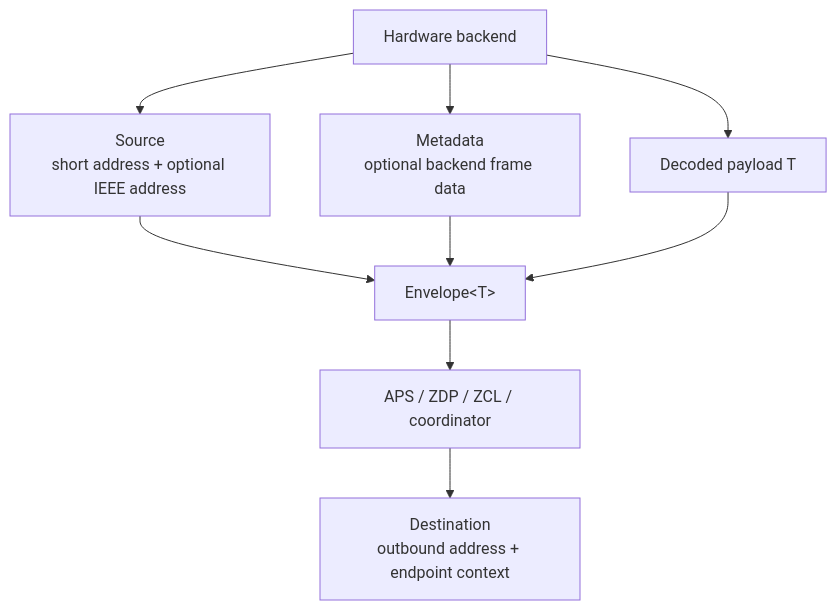
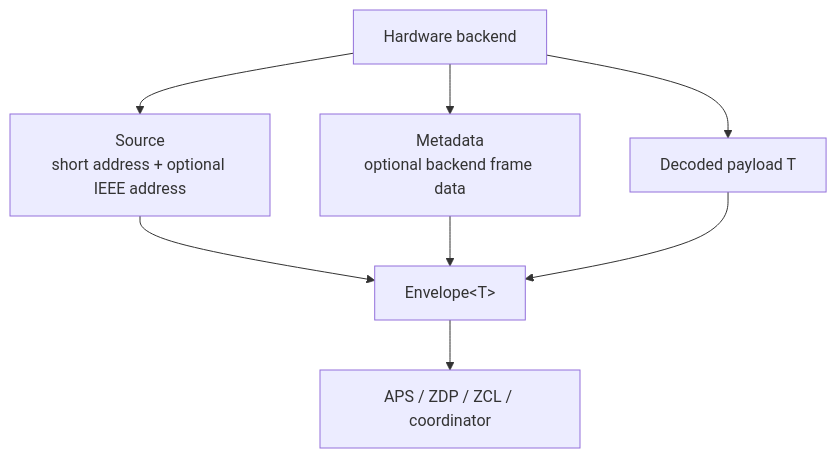
Before and after one commit to PaulmannLighting/apis-saltans: the diagram in apis-saltans-nwk/ARCHITECTURE.md, drawn with Mermaid. The commit also changed other lines of this file and 5 other files, not shown here.

````diff
--- a/apis-saltans-nwk/ARCHITECTURE.md
+++ b/apis-saltans-nwk/ARCHITECTURE.md
@@ -12,19 +12,17 @@
 ```mermaid
 flowchart TD
     Backend["Hardware backend"]
     Source["Source<br/>short address + optional IEEE address"]
     Metadata["Metadata<br/>optional backend frame data"]
     Payload["Decoded payload T"]
     Envelope["Envelope&lt;T&gt;"]
     HigherLayer["APS / ZDP / ZCL / coordinator"]
-    Destination["Destination<br/>outbound address + endpoint context"]
 
     Backend --> Source
     Backend --> Metadata
     Backend --> Payload
     Source --> Envelope
     Metadata --> Envelope
     Payload --> Envelope
     Envelope --> HigherLayer
-    HigherLayer --> Destination
 ```
````
